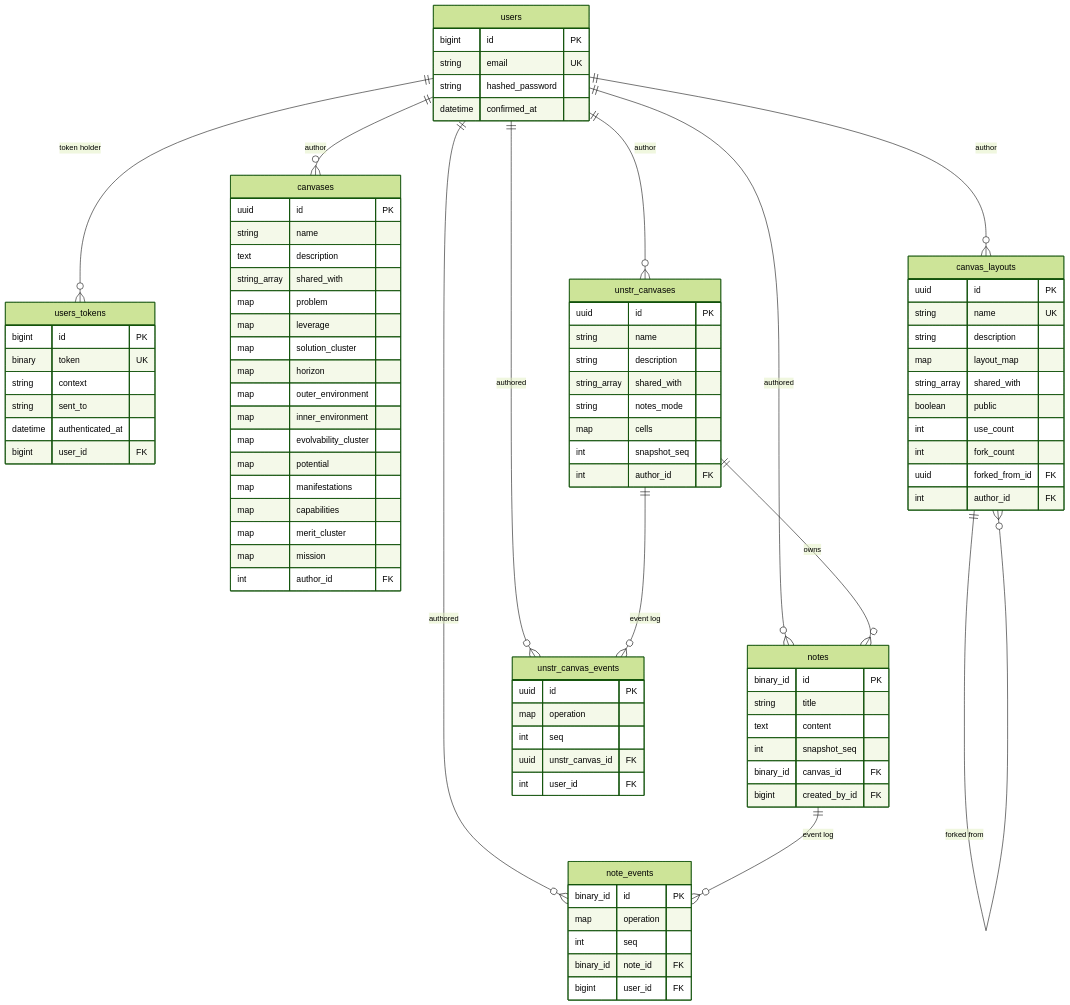
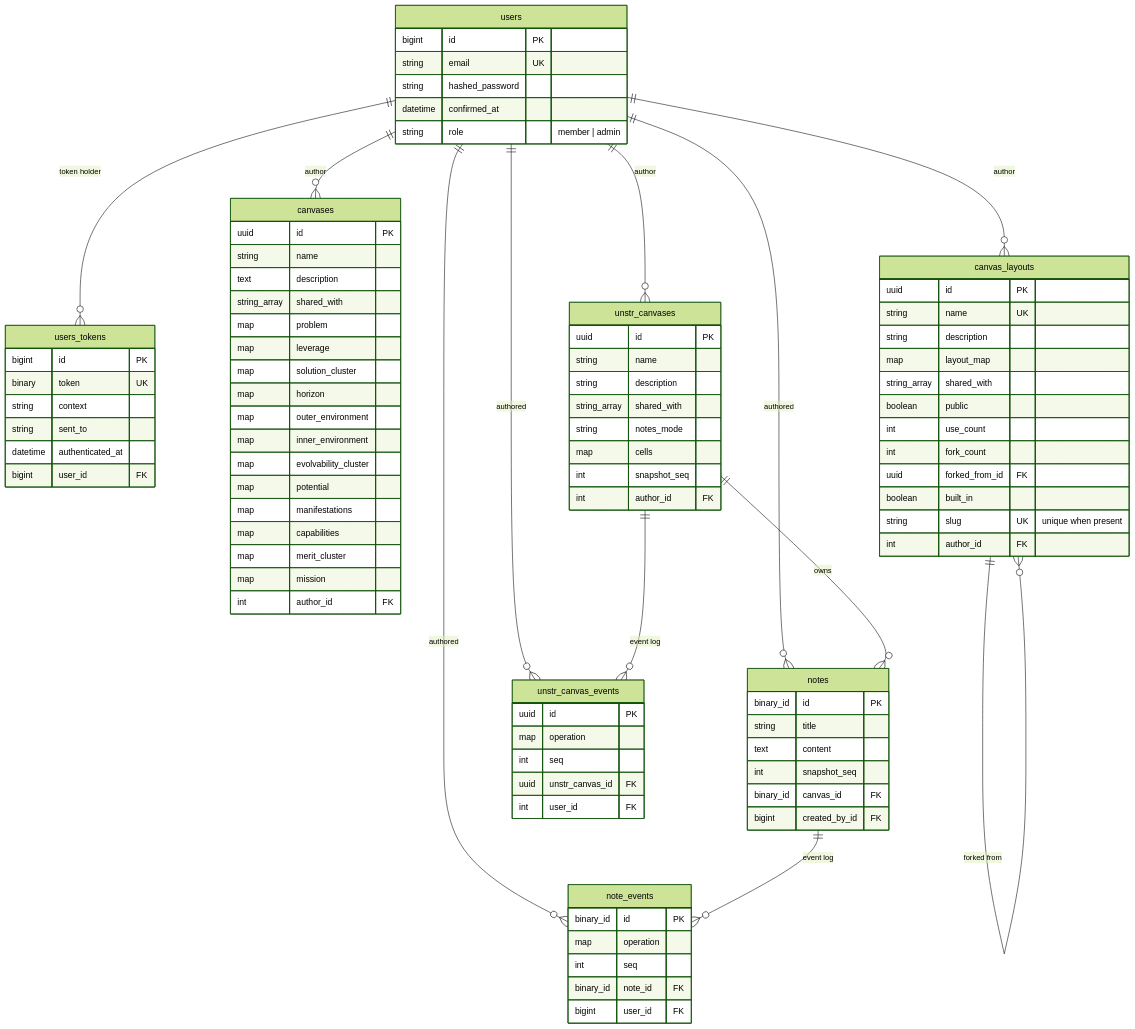
Before and after one commit to beltranaceves/psc-elixir: the diagram in docs/data_model.md, drawn with Mermaid (forest theme). The commit also changed other lines of this file and 43 other files, not shown here.

First line of the commit message:
feat(admin): add roles, built-in templates, and a Backpex panel

````diff
--- a/docs/data_model.md
+++ b/docs/data_model.md
@@ -35,6 +35,7 @@
         string email UK
         string hashed_password
         datetime confirmed_at
+        string role "member | admin"
     }
     users_tokens {
         bigint id PK
@@ -105,6 +106,8 @@
         int use_count
         int fork_count
         uuid forked_from_id FK
+        boolean built_in
+        string slug UK "unique when present"
         int author_id FK
     }
 ```
````
